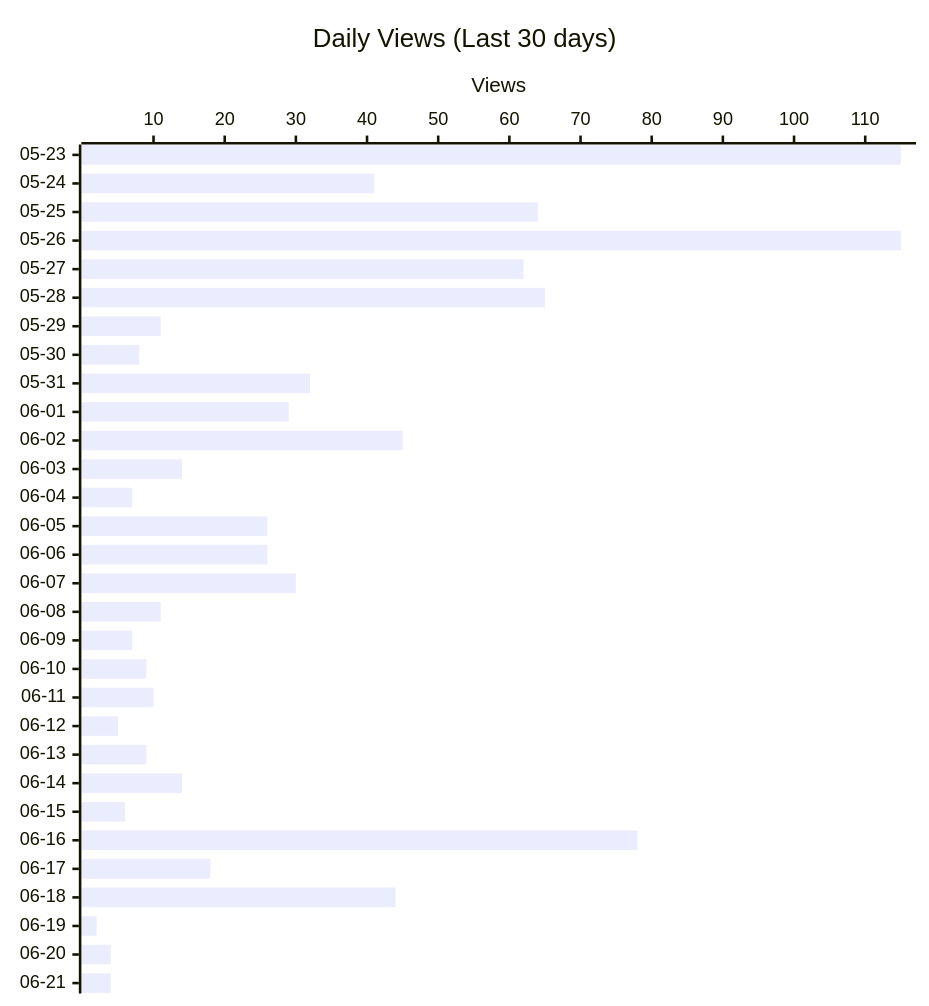
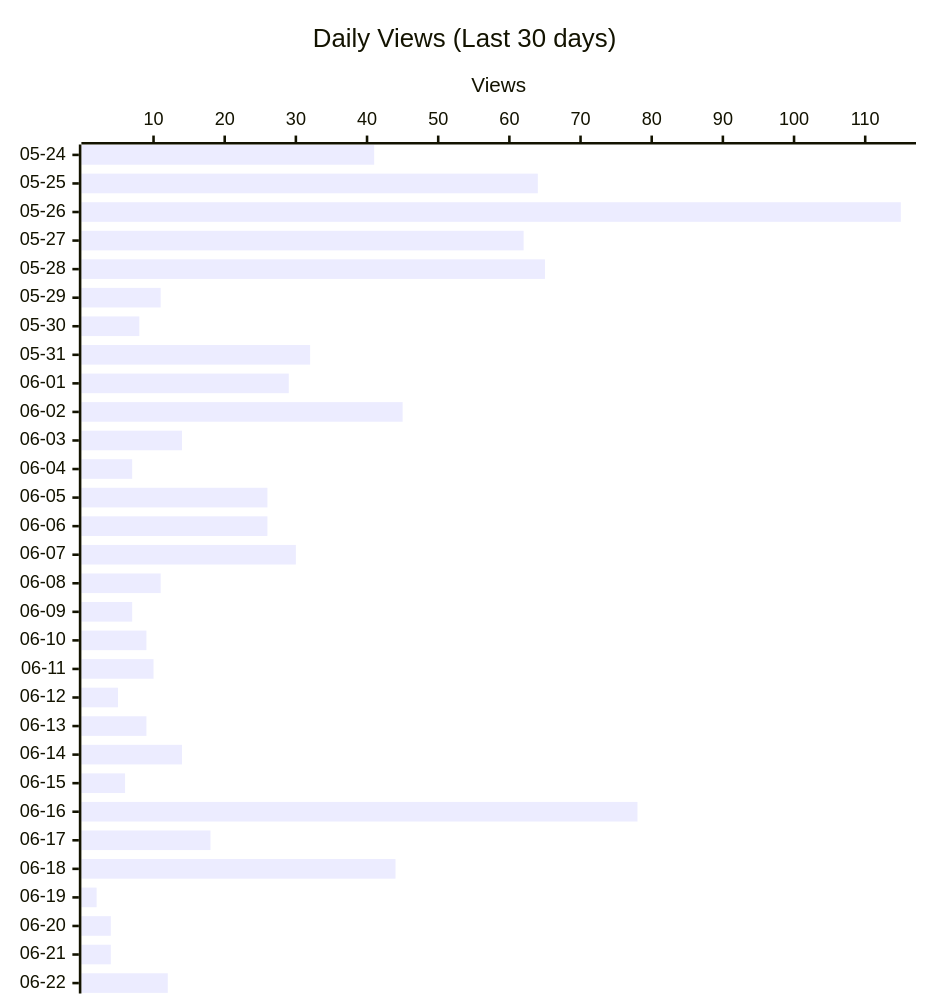
One commit to shigechika/github-insights changed the second of 3 diagrams in README.md. Above: the diagram before and after it, drawn with Mermaid. The commit also changed other lines of this file and 2 other files, not shown here.

````diff
--- a/README.md
+++ b/README.md
@@ -28,12 +28,12 @@
 ```mermaid
 ---
 config:
   xyChart:
     height: 760
 ---
 xychart-beta horizontal
     title "Daily Views (Last 30 days)"
-    x-axis ["05-23", "05-24", "05-25", "05-26", "05-27", "05-28", "05-29", "05-30", "05-31", "06-01", "06-02", "06-03", "06-04", "06-05", "06-06", "06-07", "06-08", "06-09", "06-10", "06-11", "06-12", "06-13", "06-14", "06-15", "06-16", "06-17", "06-18", "06-19", "06-20", "06-21"]
+    x-axis ["05-24", "05-25", "05-26", "05-27", "05-28", "05-29", "05-30", "05-31", "06-01", "06-02", "06-03", "06-04", "06-05", "06-06", "06-07", "06-08", "06-09", "06-10", "06-11", "06-12", "06-13", "06-14", "06-15", "06-16", "06-17", "06-18", "06-19", "06-20", "06-21", "06-22"]
     y-axis "Views"
-    bar [115, 41, 64, 115, 62, 65, 11, 8, 32, 29, 45, 14, 7, 26, 26, 30, 11, 7, 9, 10, 5, 9, 14, 6, 78, 18, 44, 2, 4, 4]
+    bar [41, 64, 115, 62, 65, 11, 8, 32, 29, 45, 14, 7, 26, 26, 30, 11, 7, 9, 10, 5, 9, 14, 6, 78, 18, 44, 2, 4, 4, 12]
 ```
````
